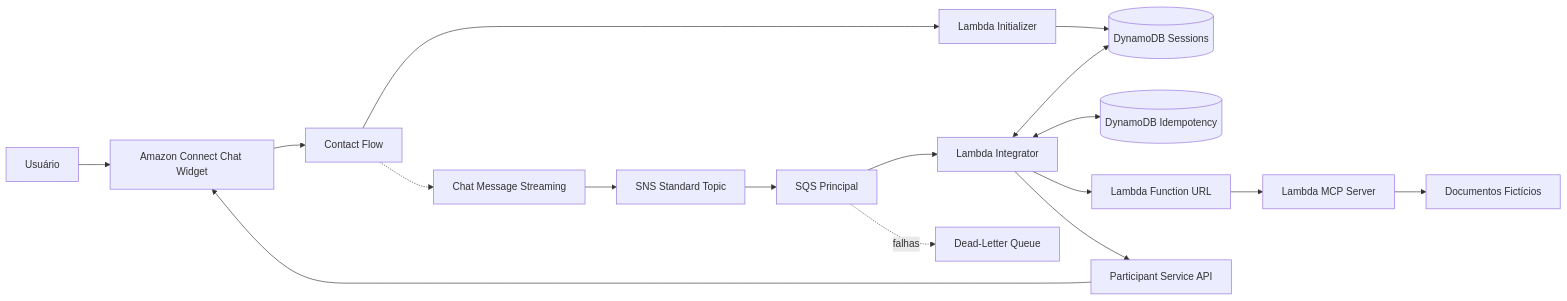
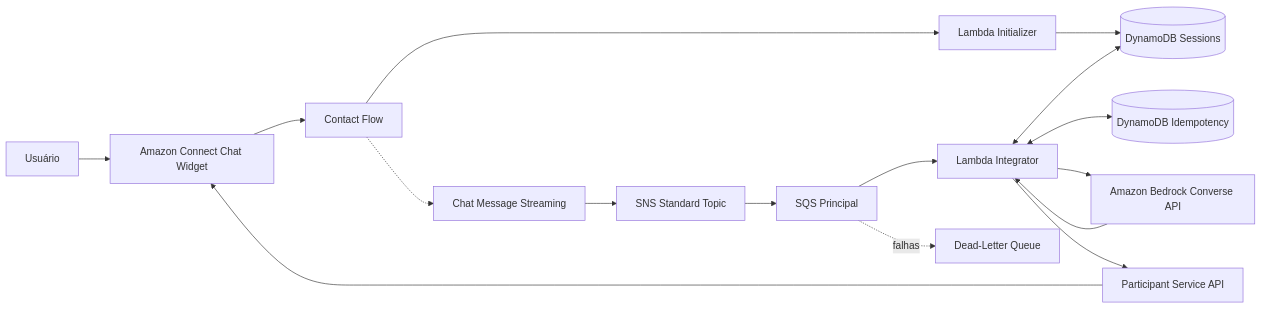
One commit to lucianarcit/poc_connect_bedrock changed the first of 4 diagrams in ARCHITECTURE.md. Above: the diagram before and after it, drawn with Mermaid. The commit also changed other lines of this file, not shown here.

Commit message:
docs: rewrite ARCHITECTURE.md for Bedrock Converse POC

````diff
--- a/ARCHITECTURE.md
+++ b/ARCHITECTURE.md
@@ -20,19 +24,18 @@
 ```mermaid
 flowchart LR
     U[Usuário] --> W[Amazon Connect Chat Widget]
     W --> F[Contact Flow]
     F --> I[Lambda Initializer]
     I --> D[(DynamoDB Sessions)]
     F -.-> STREAM[Chat Message Streaming]
     STREAM --> SNS[SNS Standard Topic]
     SNS --> SQS[SQS Principal]
     SQS --> L[Lambda Integrator]
     SQS -. falhas .-> DLQ[Dead-Letter Queue]
     L <--> D
     L <--> IDEMP[(DynamoDB Idempotency)]
-    L --> FURL[Lambda Function URL]
-    FURL --> M[Lambda MCP Server]
-    M --> DOC[Documentos Fictícios]
+    L --> B[Amazon Bedrock Converse API]
+    B --> L
     L --> P[Participant Service API]
     P --> W
 ```
````
